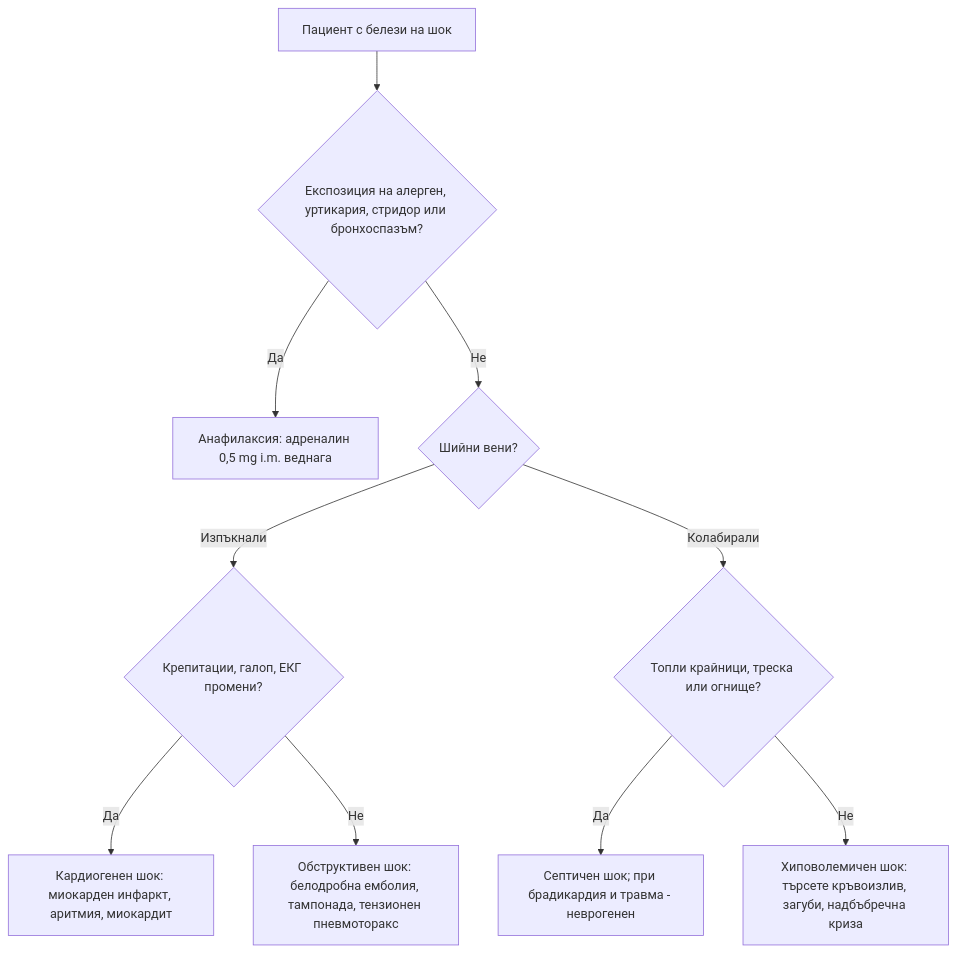
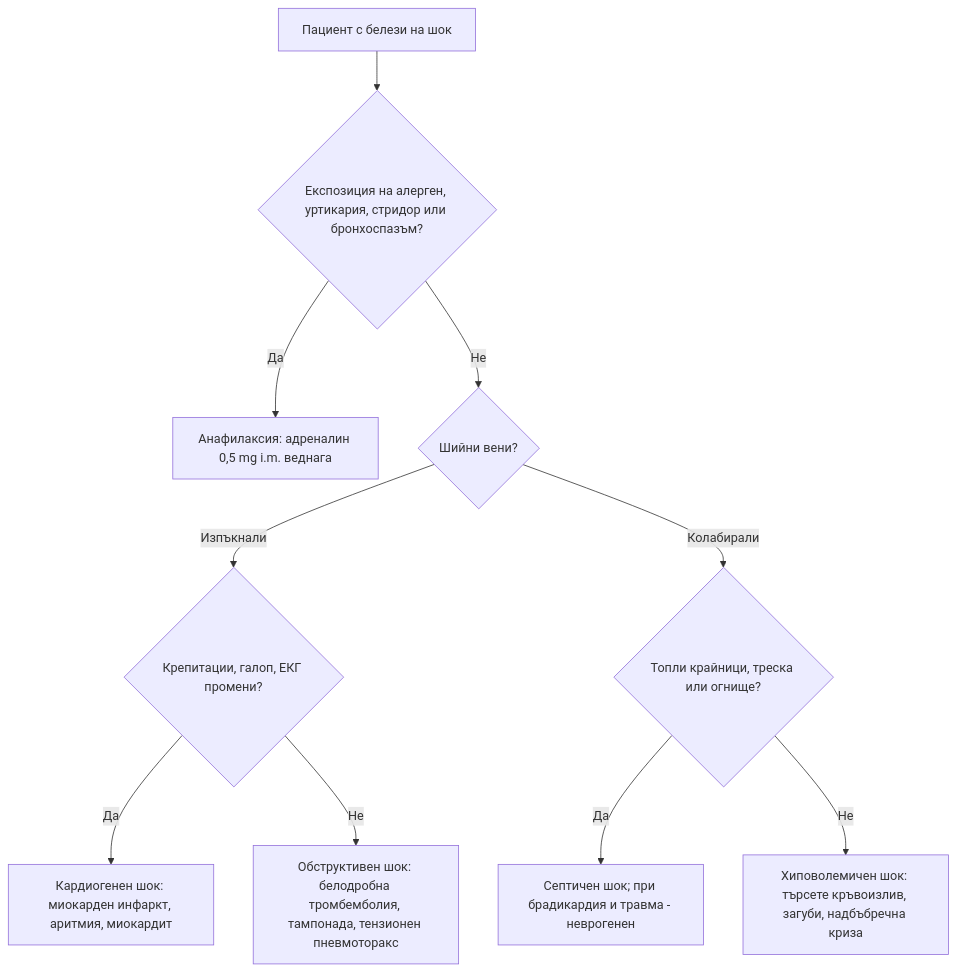
One commit to yancho26/yancho changed the diagram in glavi/78-shok-anafilaksia.md. Above: the diagram before and after it, drawn with Mermaid. The commit also changed other lines of this file and 46 other files, not shown here.

````diff
--- a/glavi/78-shok-anafilaksia.md
+++ b/glavi/78-shok-anafilaksia.md
@@ -170,12 +170,12 @@
 ```mermaid
 flowchart TD
     A["Пациент с белези на шок"] --> B{"Експозиция на алерген, уртикария, стридор или бронхоспазъм?"}
     B -->|Да| C["Анафилаксия: адреналин 0,5 mg i.m. веднага"]
     B -->|Не| D{"Шийни вени?"}
     D -->|Изпъкнали| E{"Крепитации, галоп, ЕКГ промени?"}
     E -->|Да| F["Кардиогенен шок: миокарден инфаркт, аритмия, миокардит"]
-    E -->|Не| G["Обструктивен шок: белодробна емболия, тампонада, тензионен пневмоторакс"]
+    E -->|Не| G["Обструктивен шок: белодробна тромбемболия, тампонада, тензионен пневмоторакс"]
     D -->|Колабирали| H{"Топли крайници, треска или огнище?"}
     H -->|Да| I["Септичен шок; при брадикардия и травма - неврогенен"]
     H -->|Не| J["Хиповолемичен шок: търсете кръвоизлив, загуби, надбъбречна криза"]
 ```
````
